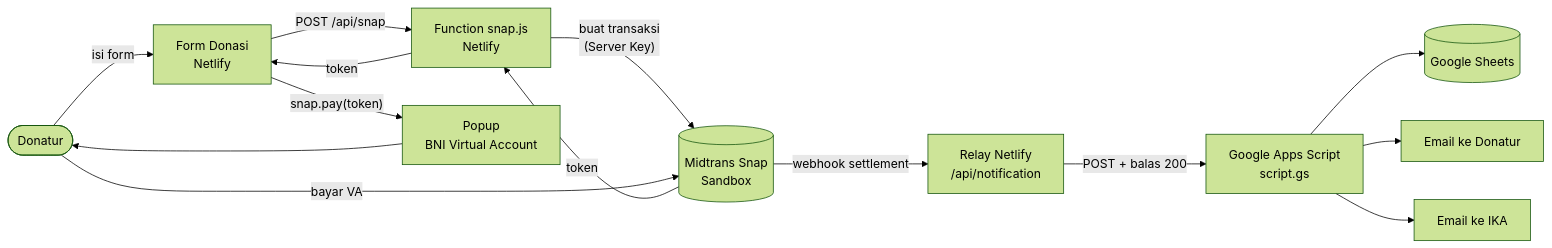
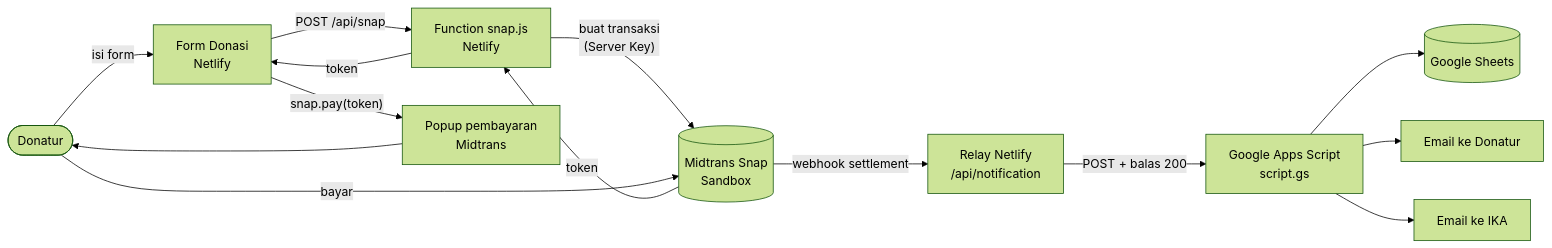
Before and after one commit to madgeer/portal-beasiswa-ika: the first of 6 diagrams in README.md, drawn with Mermaid (forest theme). The commit also changed other lines of this file and 10 other files, not shown here.

````diff
--- a/README.md
+++ b/README.md
@@ -24,17 +24,17 @@
 ```mermaid
 flowchart LR
     D([Donatur]) -->|isi form| F["Form Donasi<br/>Netlify"]
     F -->|"POST /api/snap"| S["Function snap.js<br/>Netlify"]
     S -->|"buat transaksi<br/>(Server Key)"| M[("Midtrans Snap<br/>Sandbox")]
     M -->|token| S
     S -->|token| F
-    F -->|"snap.pay(token)"| P["Popup<br/>BNI Virtual Account"]
+    F -->|"snap.pay(token)"| P["Popup pembayaran<br/>Midtrans"]
     P --> D
-    D -->|"bayar VA"| M
+    D -->|"bayar"| M
 
     M -->|"webhook settlement"| R["Relay Netlify<br/>/api/notification"]
     R -->|"POST + balas 200"| G["Google Apps Script<br/>script.gs"]
     G --> L[("Google Sheets")]
     G --> E1["Email ke Donatur"]
     G --> E2["Email ke IKA"]
 ```
````
